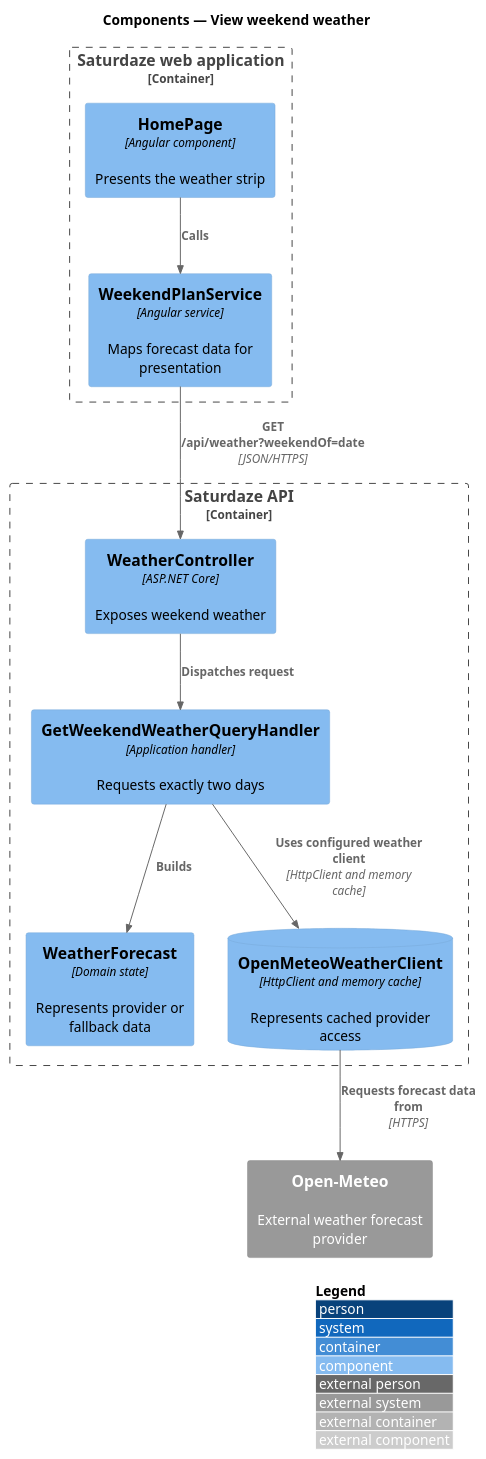
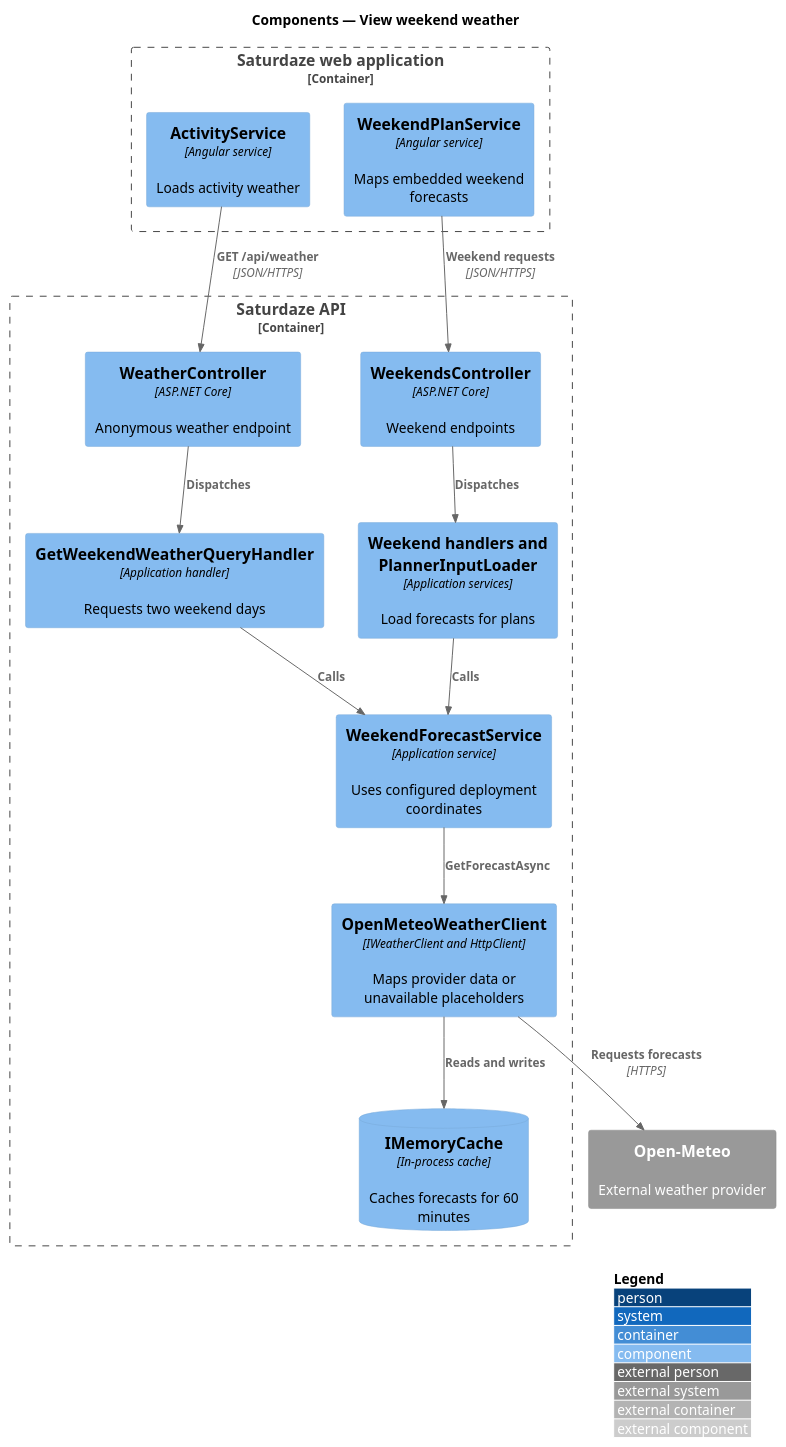
The diagram in docs/detailed-designs/weather/view-weekend-weather/diagrams/c4-component.puml (QuinntyneBrown/saturdaze), drawn with PlantUML before and after one commit. The commit also changed 208 other files, not shown here.

```diff
--- a/docs/detailed-designs/weather/view-weekend-weather/diagrams/c4-component.puml
+++ b/docs/detailed-designs/weather/view-weekend-weather/diagrams/c4-component.puml
@@ -1,23 +1,28 @@
 @startuml
 !include <C4/C4_Component>
 LAYOUT_WITH_LEGEND()
 title Components — View weekend weather
-
 Container_Boundary(web, "Saturdaze web application") {
-  Component(page, "HomePage", "Angular component", "Presents the weather strip")
-  Component(client, "WeekendPlanService", "Angular service", "Maps forecast data for presentation")
+  Component(activities, "ActivityService", "Angular service", "Loads activity weather")
+  Component(weekend, "WeekendPlanService", "Angular service", "Maps embedded weekend forecasts")
 }
 Container_Boundary(api, "Saturdaze API") {
-  Component(controller, "WeatherController", "ASP.NET Core", "Exposes weekend weather")
-  Component(handler, "GetWeekendWeatherQueryHandler", "Application handler", "Requests exactly two days")
-  Component(entity, "WeatherForecast", "Domain state", "Represents provider or fallback data")
-  ComponentDb(db, "OpenMeteoWeatherClient", "HttpClient and memory cache", "Represents cached provider access")
+  Component(weather, "WeatherController", "ASP.NET Core", "Anonymous weather endpoint")
+  Component(weekends, "WeekendsController", "ASP.NET Core", "Weekend endpoints")
+  Component(query, "GetWeekendWeatherQueryHandler", "Application handler", "Requests two weekend days")
+  Component(handlers, "Weekend handlers and PlannerInputLoader", "Application services", "Load forecasts for plans")
+  Component(forecast, "WeekendForecastService", "Application service", "Uses configured deployment coordinates")
+  Component(client, "OpenMeteoWeatherClient", "IWeatherClient and HttpClient", "Maps provider data or unavailable placeholders")
+  ComponentDb(cache, "IMemoryCache", "In-process cache", "Caches forecasts for 60 minutes")
 }
-System_Ext(provider, "Open-Meteo", "External weather forecast provider")
-Rel(page, client, "Calls")
-Rel(client, controller, "GET /api/weather?weekendOf=date", "JSON/HTTPS")
-Rel(controller, handler, "Dispatches request")
-Rel(handler, entity, "Builds")
-Rel(handler, db, "Uses configured weather client", "HttpClient and memory cache")
-Rel(db, provider, "Requests forecast data from", "HTTPS")
+System_Ext(provider, "Open-Meteo", "External weather provider")
+Rel(activities, weather, "GET /api/weather", "JSON/HTTPS")
+Rel(weekend, weekends, "Weekend requests", "JSON/HTTPS")
+Rel(weather, query, "Dispatches")
+Rel(weekends, handlers, "Dispatches")
+Rel(query, forecast, "Calls")
+Rel(handlers, forecast, "Calls")
+Rel(forecast, client, "GetForecastAsync")
+Rel(client, cache, "Reads and writes")
+Rel(client, provider, "Requests forecasts", "HTTPS")
 @enduml
```
